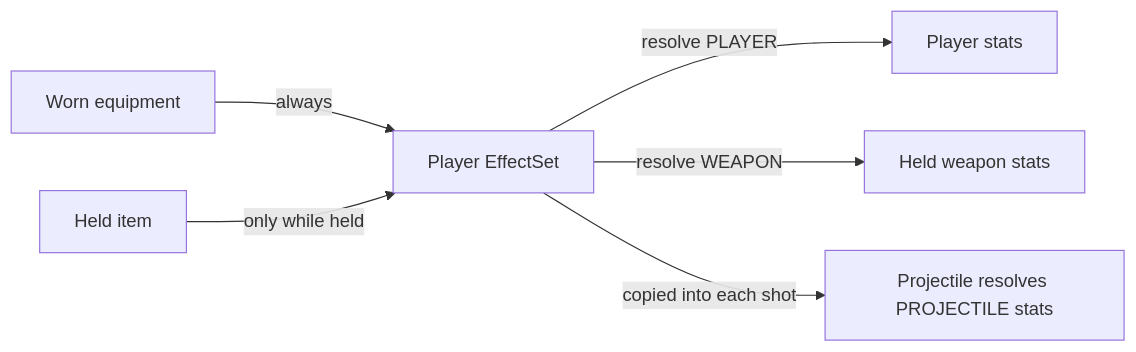
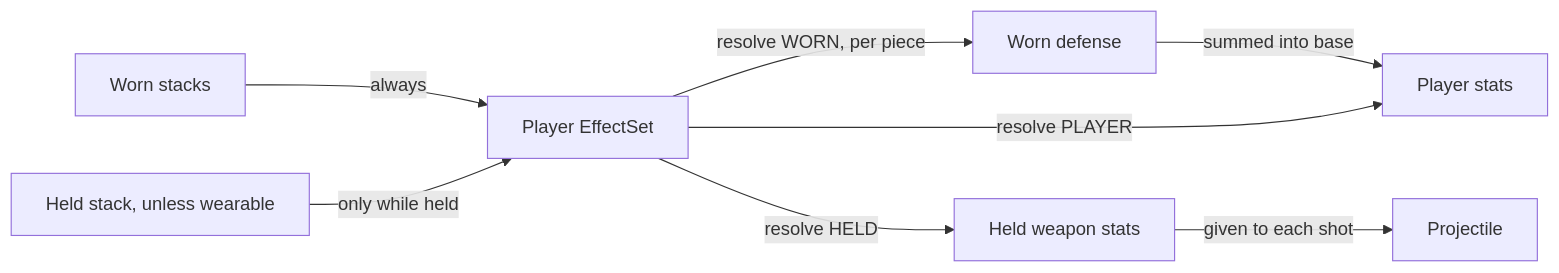
The second of 2 diagrams in README.md (meyer1994/trr), drawn with Mermaid before and after one commit. The commit also changed other lines of this file and 22 other files, not shown here.

Commit message:
Add an inventory the player wears equipment from, with effects per target

````diff
--- a/README.md
+++ b/README.md
@@ -94,8 +110,10 @@
 ```mermaid
 flowchart LR
-    Worn["Worn equipment"] -->|"always"| Pool["Player EffectSet"]
-    Held["Held item"] -->|"only while held"| Pool
+    Worn["Worn stacks"] -->|"always"| Pool["Player EffectSet"]
+    Held["Held stack, unless wearable"] -->|"only while held"| Pool
+    Pool -->|"resolve WORN, per piece"| WornStats["Worn defense"]
+    WornStats -->|"summed into base"| PlayerStats
     Pool -->|"resolve PLAYER"| PlayerStats["Player stats"]
-    Pool -->|"resolve WEAPON"| WeaponStats["Held weapon stats"]
-    Pool -->|"copied into each shot"| Shot["Projectile resolves PROJECTILE stats"]
+    Pool -->|"resolve HELD"| HeldStats["Held weapon stats"]
+    HeldStats -->|"given to each shot"| Shot["Projectile"]
 ```
````
